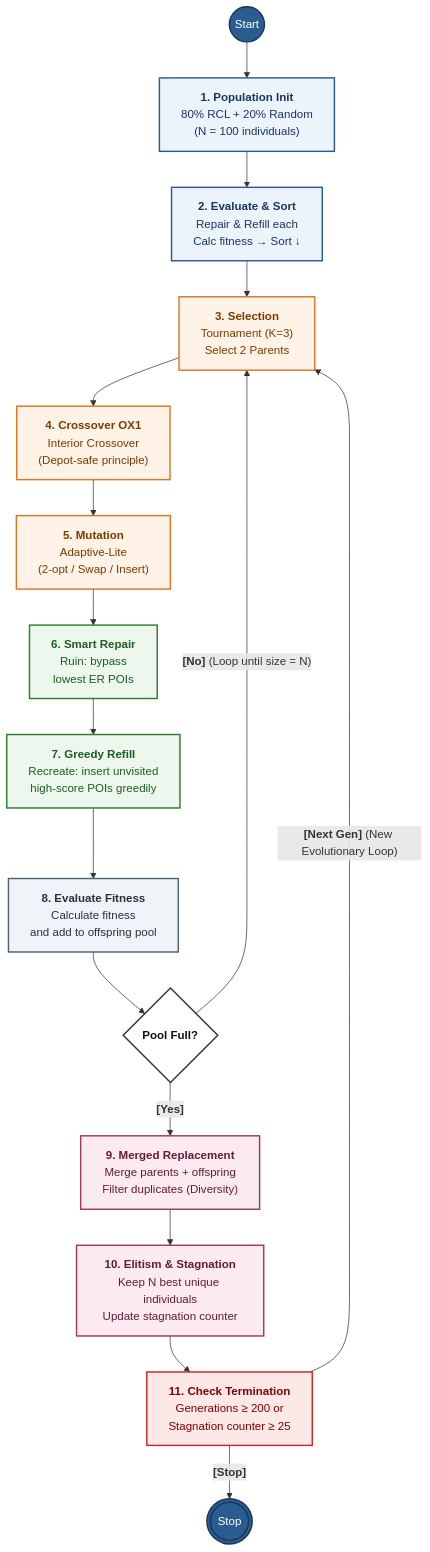
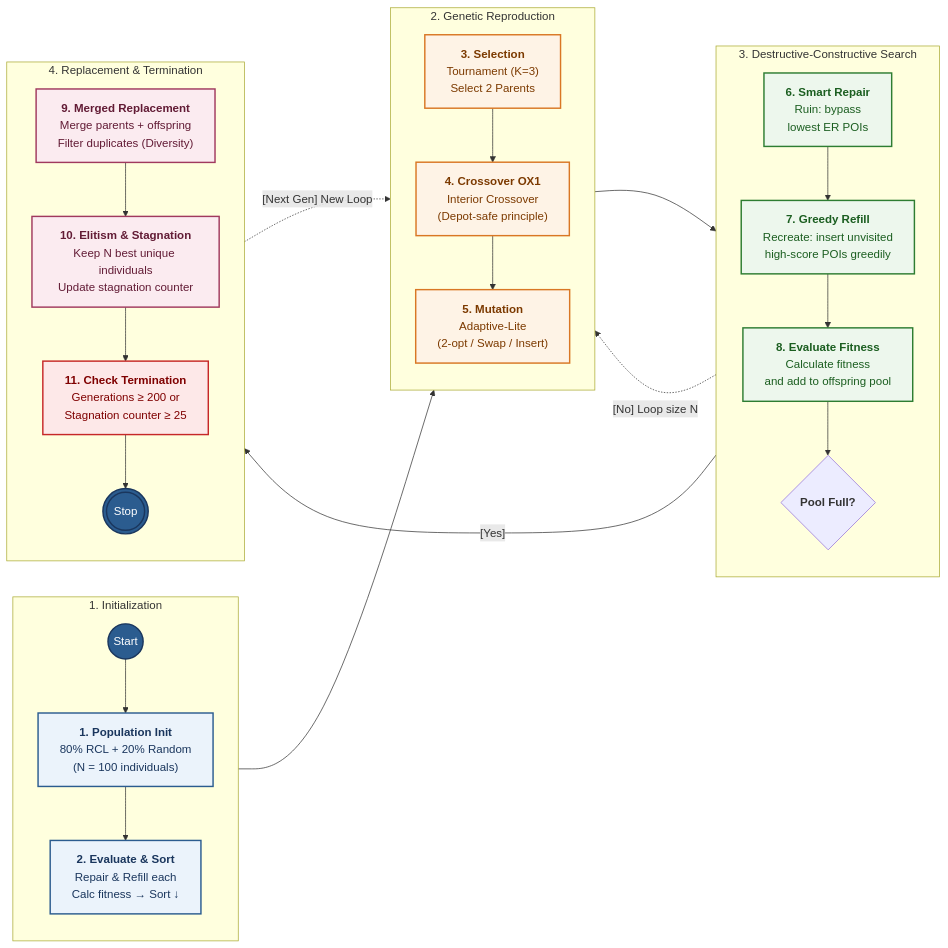
Before and after one commit to hm4uc/PADCS: the diagram in README.md, drawn with Mermaid. The commit also changed other lines of this file and 1 other file, not shown here.

Commit message:
docs: add horizontal vector SVG flowchart matching presentation slide 12

````diff
--- a/README.md
+++ b/README.md
@@ -31,43 +38,51 @@
 ```mermaid
-flowchart TD
-    Start((Start)) --> S1["<b>1. Population Init</b><br/>80% RCL + 20% Random<br/>(N = 100 individuals)"]
-    S1 --> S2["<b>2. Evaluate & Sort</b><br/>Repair & Refill each<br/>Calc fitness → Sort ↓"]
-    
-    S2 --> S3["<b>3. Selection</b><br/>Tournament (K=3)<br/>Select 2 Parents"]
-    S3 --> S4["<b>4. Crossover OX1</b><br/>Interior Crossover<br/>(Depot-safe principle)"]
-    S4 --> S5["<b>5. Mutation</b><br/>Adaptive-Lite<br/>(2-opt / Swap / Insert)"]
-    
-    S5 --> S6["<b>6. Smart Repair</b><br/>Ruin: bypass<br/>lowest ER POIs"]
-    S6 --> S7["<b>7. Greedy Refill</b><br/>Recreate: insert unvisited<br/>high-score POIs greedily"]
-    S7 --> S8["<b>8. Evaluate Fitness</b><br/>Calculate fitness<br/>and add to offspring pool"]
-    
-    S8 --> Decision{"<b>Pool Full?</b>"}
-    
-    Decision -- "<b>[No]</b> (Loop until size = N)" --> S3
-    Decision -- "<b>[Yes]</b>" --> S9["<b>9. Merged Replacement</b><br/>Merge parents + offspring<br/>Filter duplicates (Diversity)"]
-    
-    S9 --> S10["<b>10. Elitism & Stagnation</b><br/>Keep N best unique individuals<br/>Update stagnation counter"]
-    S10 --> S11["<b>11. Check Termination</b><br/>Generations ≥ 200 or<br/>Stagnation counter ≥ 25"]
-    
-    S11 -- "<b>[Next Gen]</b> (New Evolutionary Loop)" --> S3
-    S11 -- "<b>[Stop]</b>" --> Stop(((Stop)))
+flowchart LR
+    subgraph P1 ["1. Initialization"]
+        direction TB
+        Start((Start)) --> S1["<b>1. Population Init</b><br/>80% RCL + 20% Random<br/>(N = 100 individuals)"]
+        S1 --> S2["<b>2. Evaluate & Sort</b><br/>Repair & Refill each<br/>Calc fitness → Sort ↓"]
+    end
 
-    %% Color palette aligned with thesis presentation
+    subgraph P2 ["2. Genetic Reproduction"]
+        direction TB
+        S3["<b>3. Selection</b><br/>Tournament (K=3)<br/>Select 2 Parents"]
+        S3 --> S4["<b>4. Crossover OX1</b><br/>Interior Crossover<br/>(Depot-safe principle)"]
+        S4 --> S5["<b>5. Mutation</b><br/>Adaptive-Lite<br/>(2-opt / Swap / Insert)"]
+    end
+
+    subgraph P3 ["3. Destructive-Constructive Search"]
+        direction TB
+        S6["<b>6. Smart Repair</b><br/>Ruin: bypass<br/>lowest ER POIs"]
+        S6 --> S7["<b>7. Greedy Refill</b><br/>Recreate: insert unvisited<br/>high-score POIs greedily"]
+        S7 --> S8["<b>8. Evaluate Fitness</b><br/>Calculate fitness<br/>and add to offspring pool"]
+        S8 --> Decision{"<b>Pool Full?</b>"}
+    end
+
+    subgraph P4 ["4. Replacement & Termination"]
+        direction TB
+        S9["<b>9. Merged Replacement</b><br/>Merge parents + offspring<br/>Filter duplicates (Diversity)"]
+        S9 --> S10["<b>10. Elitism & Stagnation</b><br/>Keep N best unique individuals<br/>Update stagnation counter"]
+        S10 --> S11["<b>11. Check Termination</b><br/>Generations ≥ 200 or<br/>Stagnation counter ≥ 25"]
+        S11 --> Stop(((Stop)))
+    end
+
+    S2 --> S3
+    S5 --> S6
+    Decision -- "[Yes]" --> S9
+    Decision -.->|"[No] Loop size N"| S3
+    S11 -.->|"[Next Gen] New Loop"| S3
+
     classDef initStyle fill:#EBF3FB,stroke:#2B5C8F,stroke-width:2px,color:#1A365D;
     classDef gaStyle fill:#FEF3E6,stroke:#D97724,stroke-width:2px,color:#7C3A00;
     classDef lsStyle fill:#EDF7ED,stroke:#2E7D32,stroke-width:2px,color:#1B5E20;
-    classDef evalStyle fill:#F0F4F8,stroke:#4A6572,stroke-width:2px,color:#263238;
-    classDef decStyle fill:#FFFFFF,stroke:#333333,stroke-width:2px,color:#111111;
     classDef repStyle fill:#FBEBF0,stroke:#A0395E,stroke-width:2px,color:#621B35;
     classDef termStyle fill:#FDE8E8,stroke:#C62828,stroke-width:2px,color:#7F0000;
     classDef terminal fill:#2B5C8F,stroke:#1A365D,stroke-width:2px,color:#FFFFFF;
 
     class S1,S2 initStyle;
     class S3,S4,S5 gaStyle;
-    class S6,S7 lsStyle;
-    class S8 evalStyle;
-    class Decision decStyle;
+    class S6,S7,S8 lsStyle;
     class S9,S10 repStyle;
     class S11 termStyle;
     class Start,Stop terminal;
 ```
````
